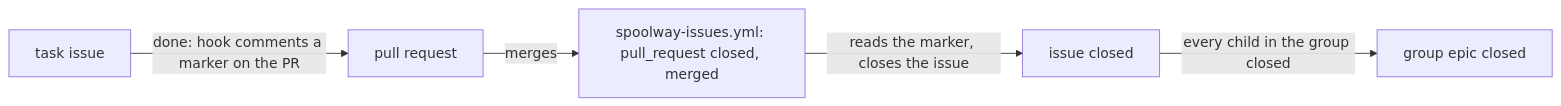
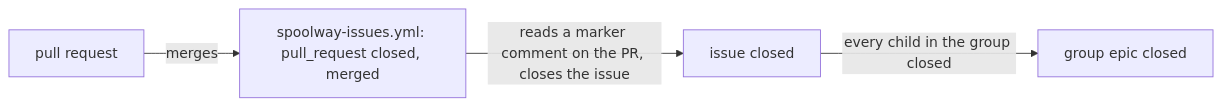
The second of 2 diagrams in docs/configuration.md (marvingygas/spoolway), drawn with Mermaid before and after one commit. The commit also changed other lines of this file and 15 other files, not shown here.

Commit message:
feat(hooks): hand off for review on the ticket, never on the pull request

````diff
--- a/docs/configuration.md
+++ b/docs/configuration.md
@@ -404,7 +405,6 @@
 ```mermaid
 flowchart LR
-  Task[task issue] -->|done: hook comments a marker on the PR| PR[pull request]
-  PR -->|merges| Workflow[spoolway-issues.yml: pull_request closed, merged]
-  Workflow -->|reads the marker, closes the issue| Closed[issue closed]
+  PR[pull request] -->|merges| Workflow[spoolway-issues.yml: pull_request closed, merged]
+  Workflow -->|reads a marker comment on the PR, closes the issue| Closed[issue closed]
   Closed -->|every child in the group closed| Epic[group epic closed]
 ```
````
